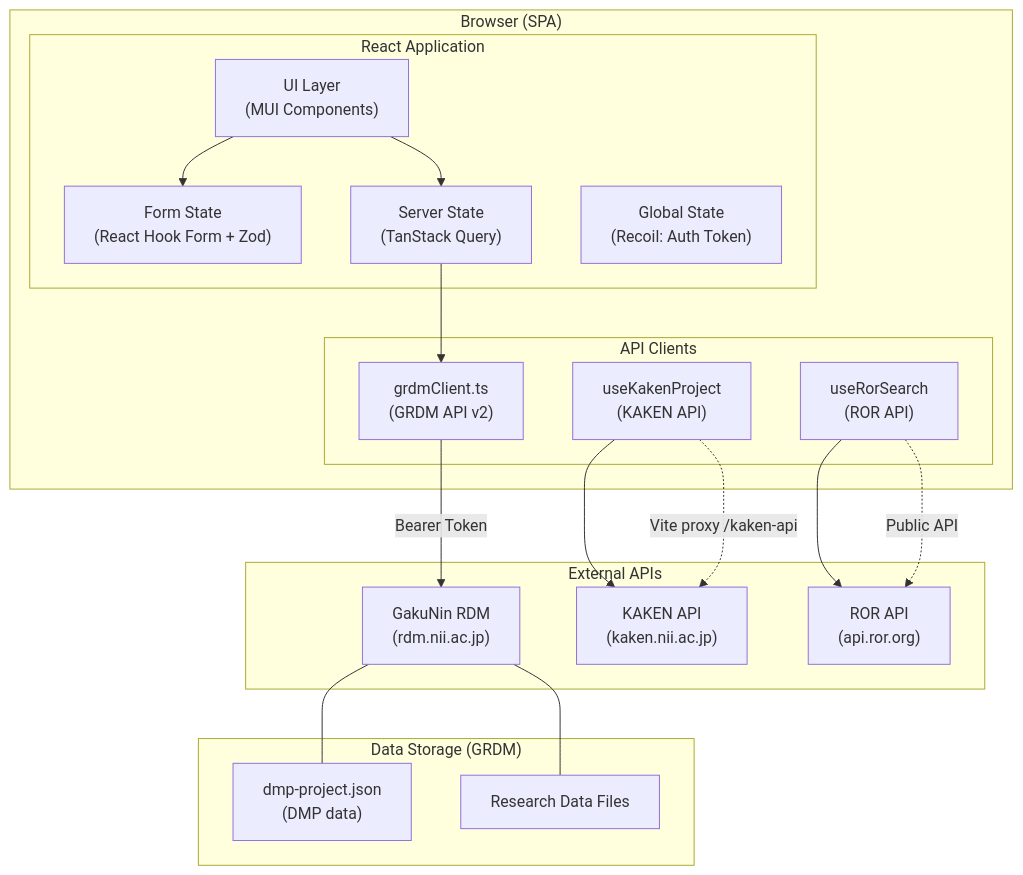
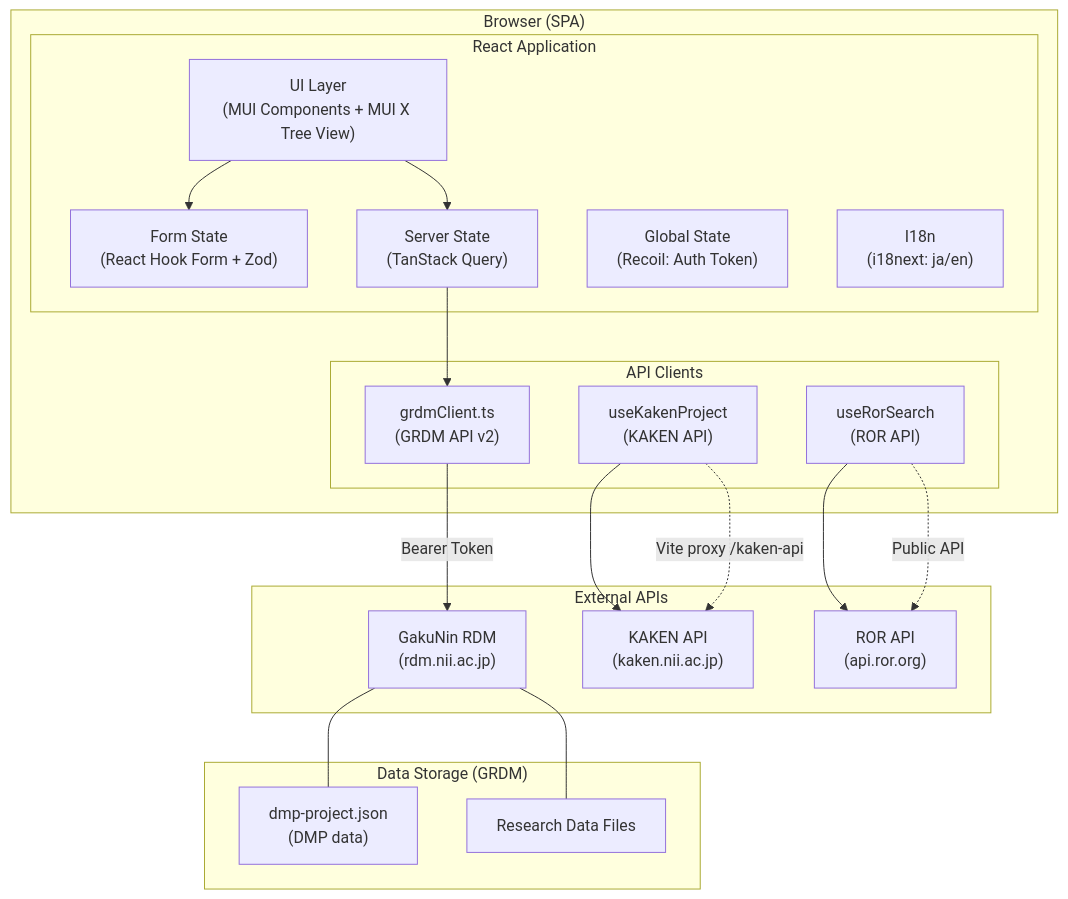
One commit to hirakinii/dmp-editor changed the first of 7 diagrams in docs/development/02_design/system_architecture.md. Above: the diagram before and after it, drawn with Mermaid. The commit also changed 4 other files, not shown here.

````diff
--- a/docs/development/02_design/system_architecture.md
+++ b/docs/development/02_design/system_architecture.md
@@ -7,40 +7,41 @@
 ```mermaid
 graph TB
     subgraph Browser["Browser (SPA)"]
         subgraph React["React Application"]
-            UI["UI Layer<br/>(MUI Components)"]
+            UI["UI Layer<br/>(MUI Components + MUI X Tree View)"]
             RHF["Form State<br/>(React Hook Form + Zod)"]
             RQ["Server State<br/>(TanStack Query)"]
             Recoil["Global State<br/>(Recoil: Auth Token)"]
+            i18n["I18n<br/>(i18next: ja/en)"]
         end
 
         subgraph Clients["API Clients"]
             GRDMClient["grdmClient.ts<br/>(GRDM API v2)"]
             KAKENHook["useKakenProject<br/>(KAKEN API)"]
             RORHook["useRorSearch<br/>(ROR API)"]
         end
     end
 
     subgraph ExternalAPIs["External APIs"]
         GRDM["GakuNin RDM<br/>(rdm.nii.ac.jp)"]
         KAKEN["KAKEN API<br/>(kaken.nii.ac.jp)"]
         ROR["ROR API<br/>(api.ror.org)"]
     end
 
     subgraph Storage["Data Storage (GRDM)"]
         DmpJSON["dmp-project.json<br/>(DMP data)"]
         Files["Research Data Files"]
     end
 
     UI --> RHF
     UI --> RQ
     RQ --> GRDMClient
     KAKENHook --> KAKEN
     RORHook --> ROR
     GRDMClient -->|"Bearer Token"| GRDM
     GRDM --- DmpJSON
     GRDM --- Files
 
     KAKENHook -.->|"Vite proxy /kaken-api"| KAKEN
     RORHook -.->|"Public API"| ROR
 ```
````
